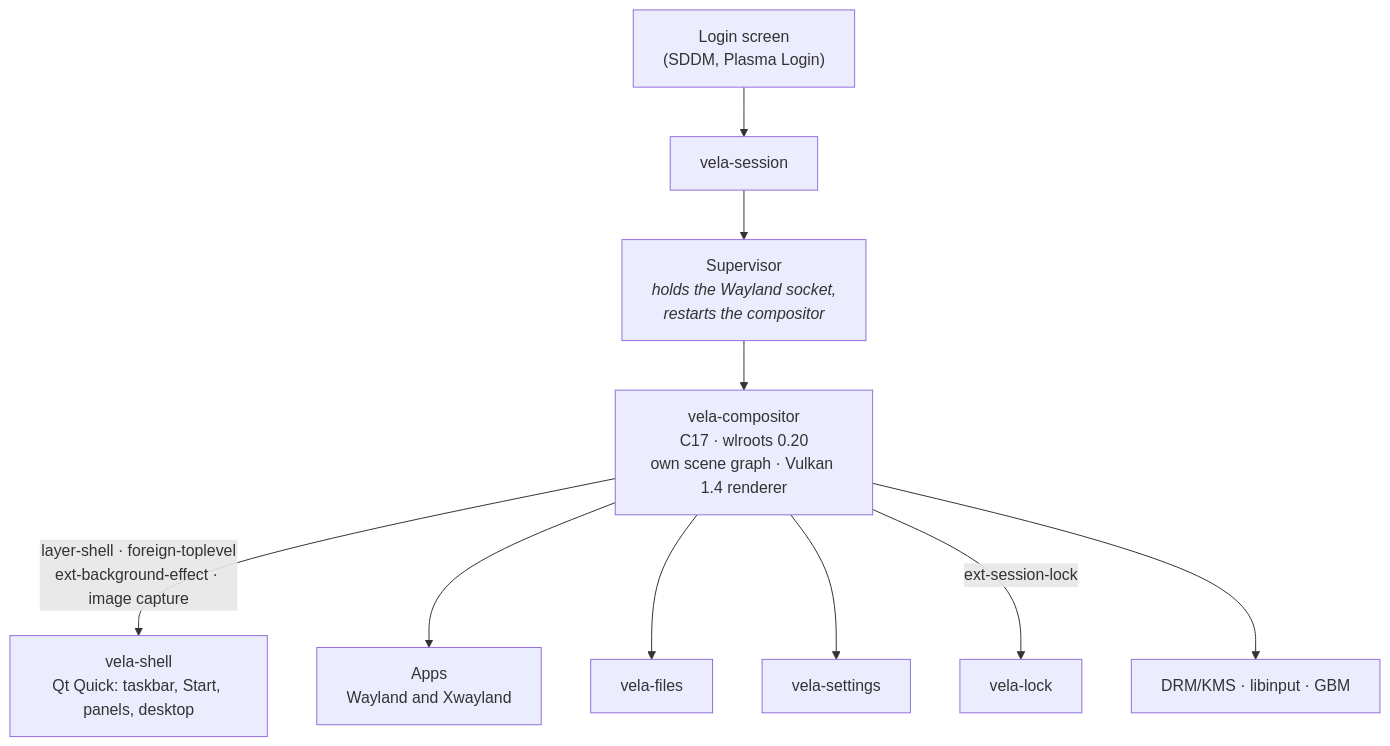
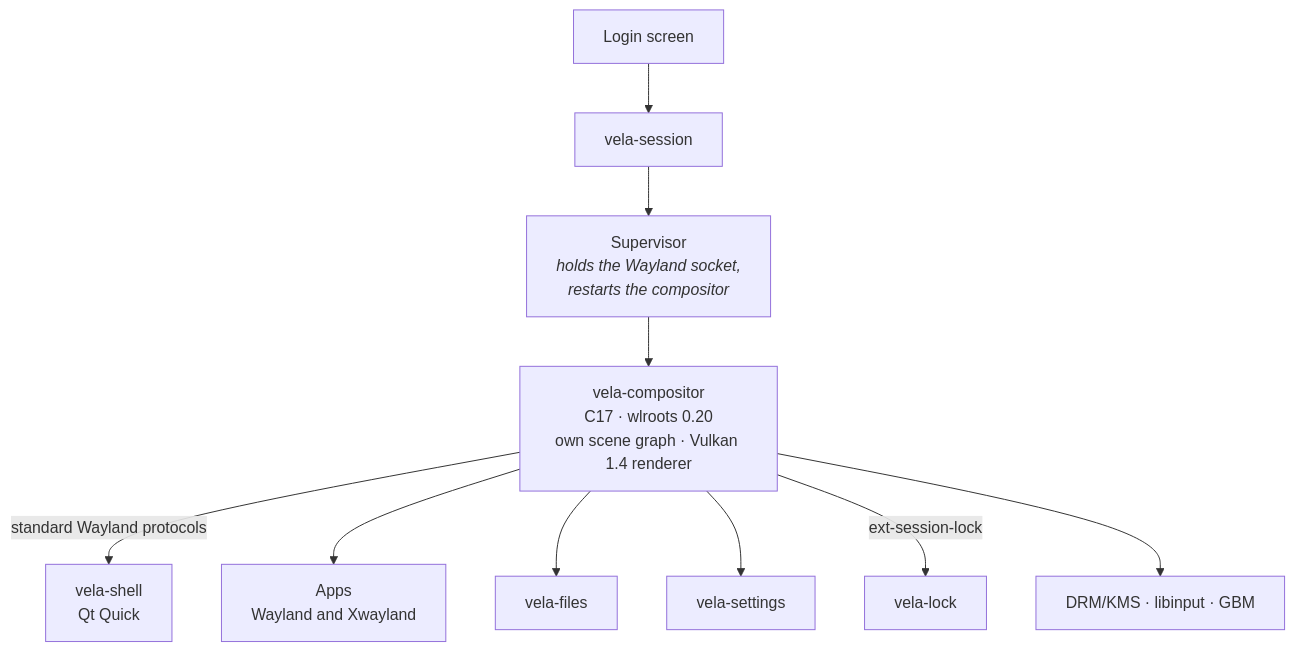
Before and after one commit to vela-desktop/vela: the diagram in README.md, drawn with Mermaid. The commit also changed other lines of this file and 4 other files, not shown here.

````diff
--- a/README.md
+++ b/README.md
@@ -394,12 +94,12 @@
 ```mermaid
 flowchart TB
-    DM["Login screen<br/>(SDDM, Plasma Login)"] --> S["vela-session"]
+    DM["Login screen"] --> S["vela-session"]
     S --> SUP["Supervisor<br/><i>holds the Wayland socket,<br/>restarts the compositor</i>"]
     SUP --> C["vela-compositor<br/>C17 · wlroots 0.20<br/>own scene graph · Vulkan 1.4 renderer"]
-    C -- "layer-shell · foreign-toplevel<br/>ext-background-effect · image capture" --> SH["vela-shell<br/>Qt Quick: taskbar, Start, panels, desktop"]
+    C -- "standard Wayland protocols" --> SH["vela-shell<br/>Qt Quick"]
     C --> APPS["Apps<br/>Wayland and Xwayland"]
     C --> F["vela-files"]
     C --> SET["vela-settings"]
     C -- "ext-session-lock" --> L["vela-lock"]
     C --> HW["DRM/KMS · libinput · GBM"]
 ```
````
